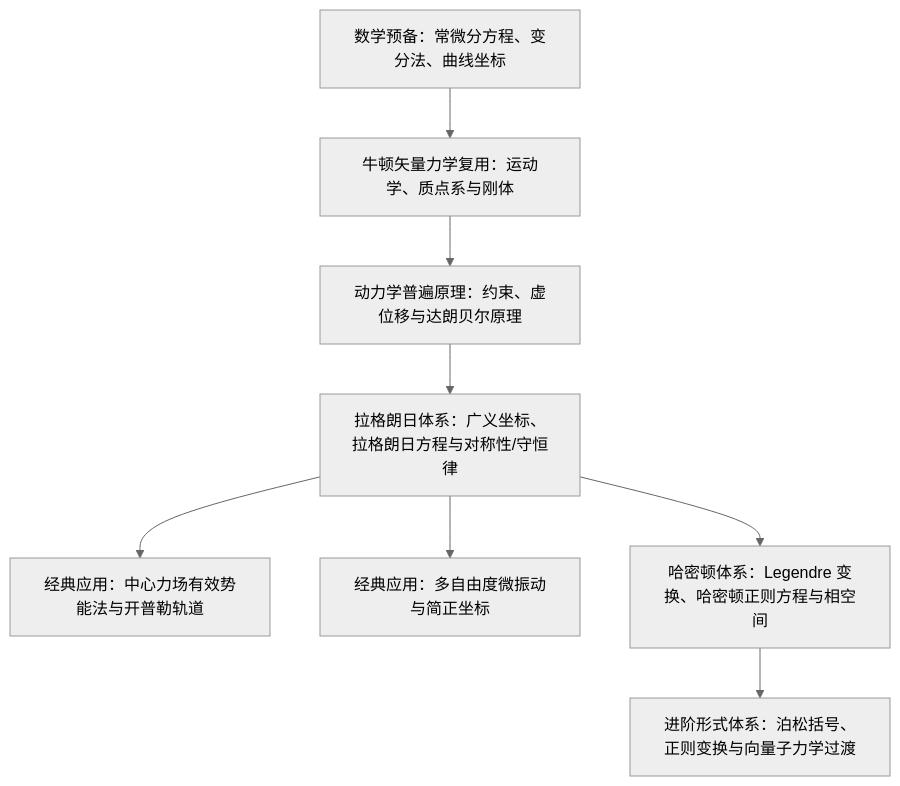
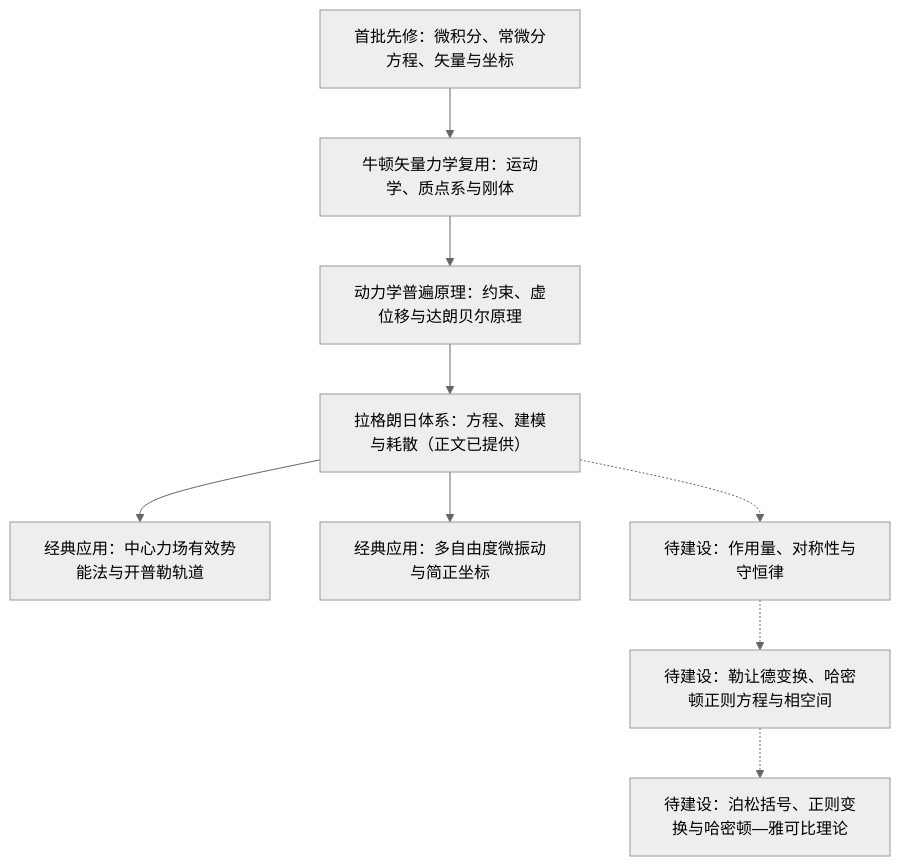
The diagram in docs/courses/theoretical-mechanics.md (Physics-Learning-Wiki/Physics-Learning-Wiki), drawn with Mermaid (neutral theme) before and after one commit. The commit also changed other lines of this file and 30 other files, not shown here.

````diff
--- a/docs/courses/theoretical-mechanics.md
+++ b/docs/courses/theoretical-mechanics.md
@@ -28,10 +28,11 @@
 ```mermaid
 flowchart TD
-    A["数学预备：常微分方程、变分法、曲线坐标"] --> B["牛顿矢量力学复用：运动学、质点系与刚体"]
+    A["首批先修：微积分、常微分方程、矢量与坐标"] --> B["牛顿矢量力学复用：运动学、质点系与刚体"]
     B --> C["动力学普遍原理：约束、虚位移与达朗贝尔原理"]
-    C --> D["拉格朗日体系：广义坐标、拉格朗日方程与对称性/守恒律"]
+    C --> D["拉格朗日体系：方程、建模与耗散（正文已提供）"]
     D --> E["经典应用：中心力场有效势能法与开普勒轨道"]
     D --> F["经典应用：多自由度微振动与简正坐标"]
-    D --> G["哈密顿体系：Legendre 变换、哈密顿正则方程与相空间"]
-    G --> H["进阶形式体系：泊松括号、正则变换与向量子力学过渡"]
+    D -.-> N["待建设：作用量、对称性与守恒律"]
+    N -.-> G["待建设：勒让德变换、哈密顿正则方程与相空间"]
+    G -.-> H["待建设：泊松括号、正则变换与哈密顿—雅可比理论"]
 ```
````
